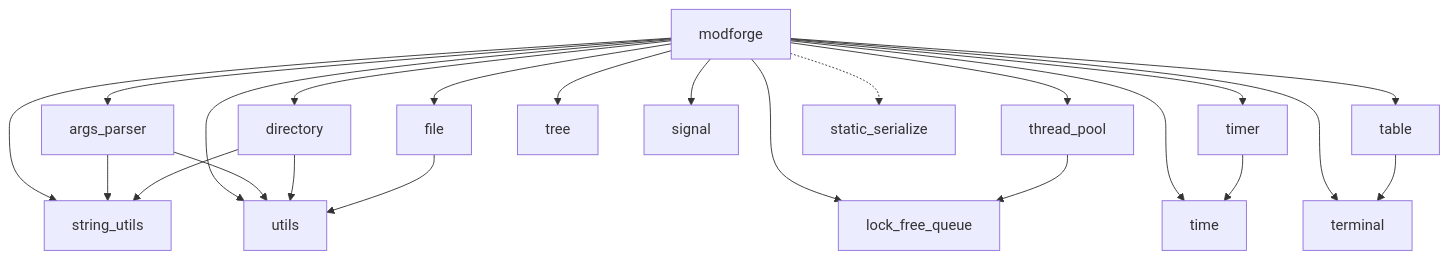
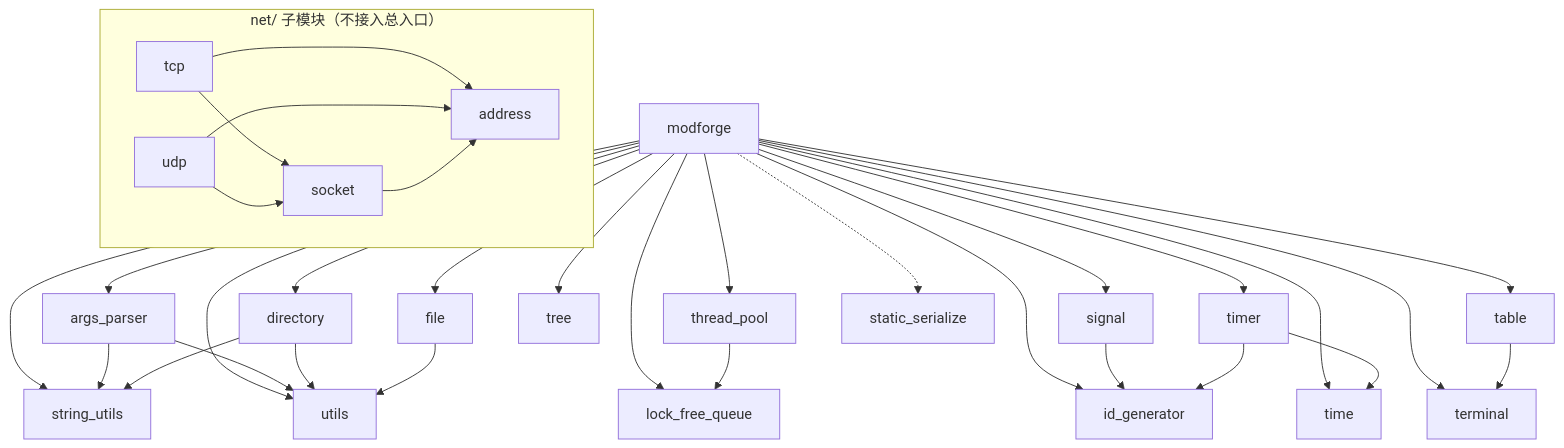
The diagram in README.md (hexne/modforge), drawn with Mermaid before and after one commit. The commit also changed other lines of this file and 1 other file, not shown here.

Commit message:
更新README, 添加许可证

````diff
--- a/README.md
+++ b/README.md
@@ -51,26 +51,37 @@
 ```mermaid
 graph TD
     modforge --> args_parser
     modforge --> directory
     modforge --> file
     modforge --> lock_free_queue
+    modforge --> id_generator
     modforge --> thread_pool
     modforge --> time
     modforge --> timer
     modforge --> tree
     modforge --> utils
     modforge --> string_utils
     modforge --> signal
     modforge --> terminal
     modforge --> table
     modforge -.-> static_serialize
 
     args_parser --> string_utils
     args_parser --> utils
     directory --> string_utils
     directory --> utils
     file --> utils
     thread_pool --> lock_free_queue
+    signal --> id_generator
+    timer --> id_generator
     timer --> time
     table --> terminal
+
+    subgraph net["net/ 子模块（不接入总入口）"]
+        tcp --> socket
+        tcp --> address
+        udp --> socket
+        udp --> address
+        socket --> address
+    end
 ```
````
